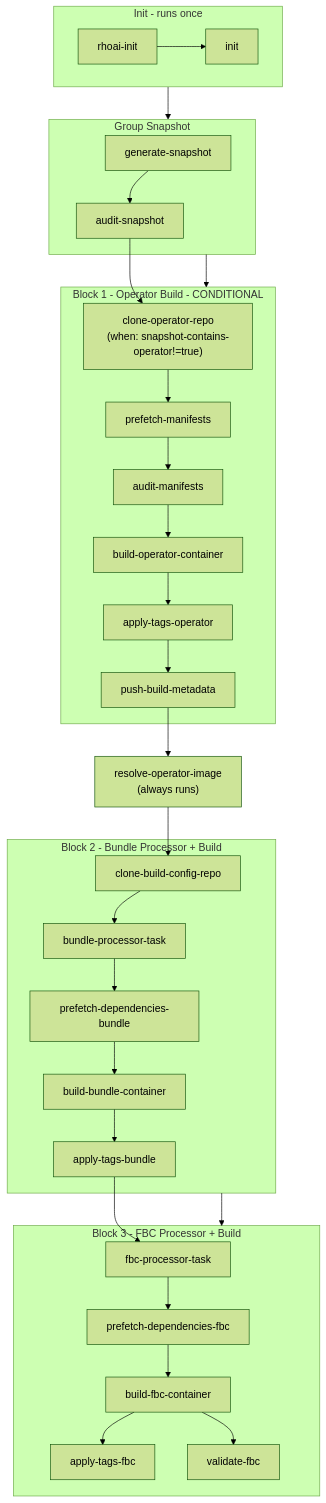
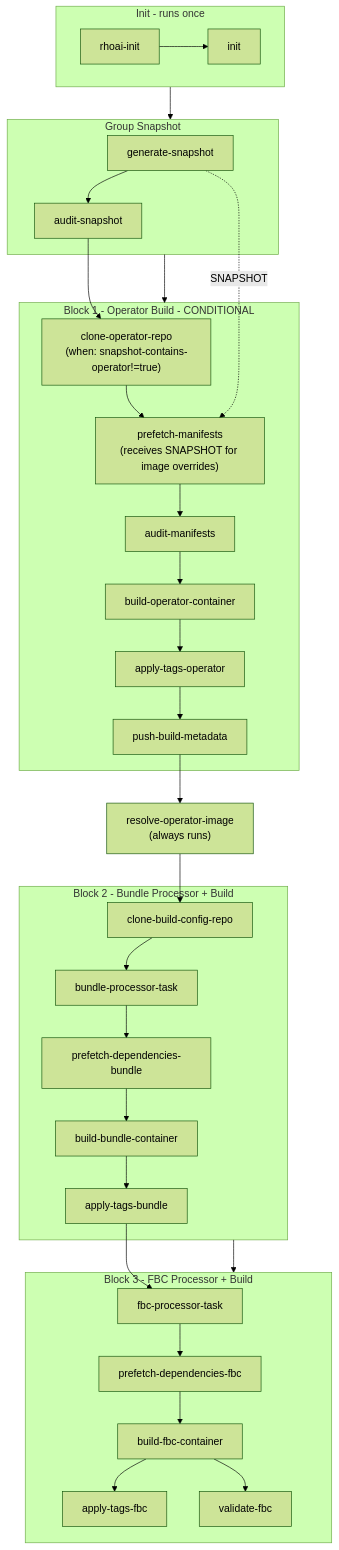
Before and after one commit to aloganat/odh-konflux-central: the second of 2 diagrams in e2e-early-gate/E2E-EARLY-GATE-PLAN.md, drawn with Mermaid (forest theme). The commit also changed other lines of this file and 3 other files, not shown here.

````diff
--- a/e2e-early-gate/E2E-EARLY-GATE-PLAN.md
+++ b/e2e-early-gate/E2E-EARLY-GATE-PLAN.md
@@ -87,53 +87,54 @@
 ```mermaid
 flowchart TD
   subgraph init_block [Init - runs once]
     rhoaiInit["rhoai-init"]
     init["init"]
     rhoaiInit --> init
   end
 
   subgraph snapshot_block [Group Snapshot]
     genSnapshot["generate-snapshot"]
     auditSnapshot["audit-snapshot"]
     genSnapshot --> auditSnapshot
   end
 
   subgraph op_block [Block 1 - Operator Build - CONDITIONAL]
     cloneOp["clone-operator-repo<br/>(when: snapshot-contains-operator!=true)"]
-    prefetchManifests["prefetch-manifests"]
+    prefetchManifests["prefetch-manifests<br/>(receives SNAPSHOT for image overrides)"]
     auditManifests["audit-manifests"]
     buildOp["build-operator-container"]
     applyTagsOp["apply-tags-operator"]
     pushMeta["push-build-metadata"]
     cloneOp --> prefetchManifests --> auditManifests --> buildOp --> applyTagsOp --> pushMeta
   end
 
   resolveOp["resolve-operator-image<br/>(always runs)"]
 
   subgraph bundle_block [Block 2 - Bundle Processor + Build]
     cloneBuildConfig["clone-build-config-repo"]
     bundleProcessor["bundle-processor-task"]
     prefetchBundle["prefetch-dependencies-bundle"]
     buildBundle["build-bundle-container"]
     applyTagsBundle["apply-tags-bundle"]
     cloneBuildConfig --> bundleProcessor --> prefetchBundle --> buildBundle --> applyTagsBundle
   end
 
   subgraph fbc_block [Block 3 - FBC Processor + Build]
     fbcProcessor["fbc-processor-task"]
     prefetchFBC["prefetch-dependencies-fbc"]
     buildFBC["build-fbc-container"]
     applyTagsFBC["apply-tags-fbc"]
     validateFBC["validate-fbc"]
     fbcProcessor --> prefetchFBC --> buildFBC --> applyTagsFBC
     buildFBC --> validateFBC
   end
 
   init_block --> snapshot_block
   snapshot_block --> op_block
   auditSnapshot --> cloneOp
+  genSnapshot -.->|SNAPSHOT| prefetchManifests
   pushMeta --> resolveOp
   resolveOp --> cloneBuildConfig
   bundle_block --> fbc_block
   applyTagsBundle --> fbcProcessor
 ```
````
